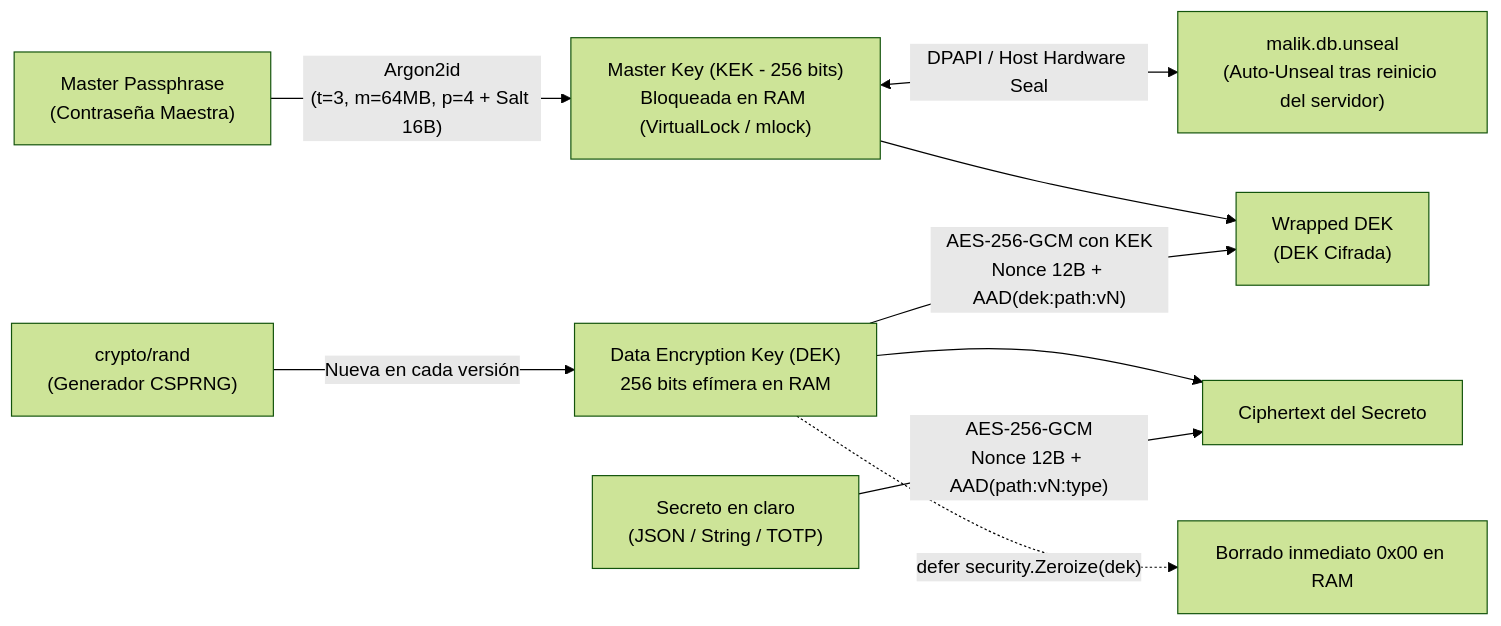
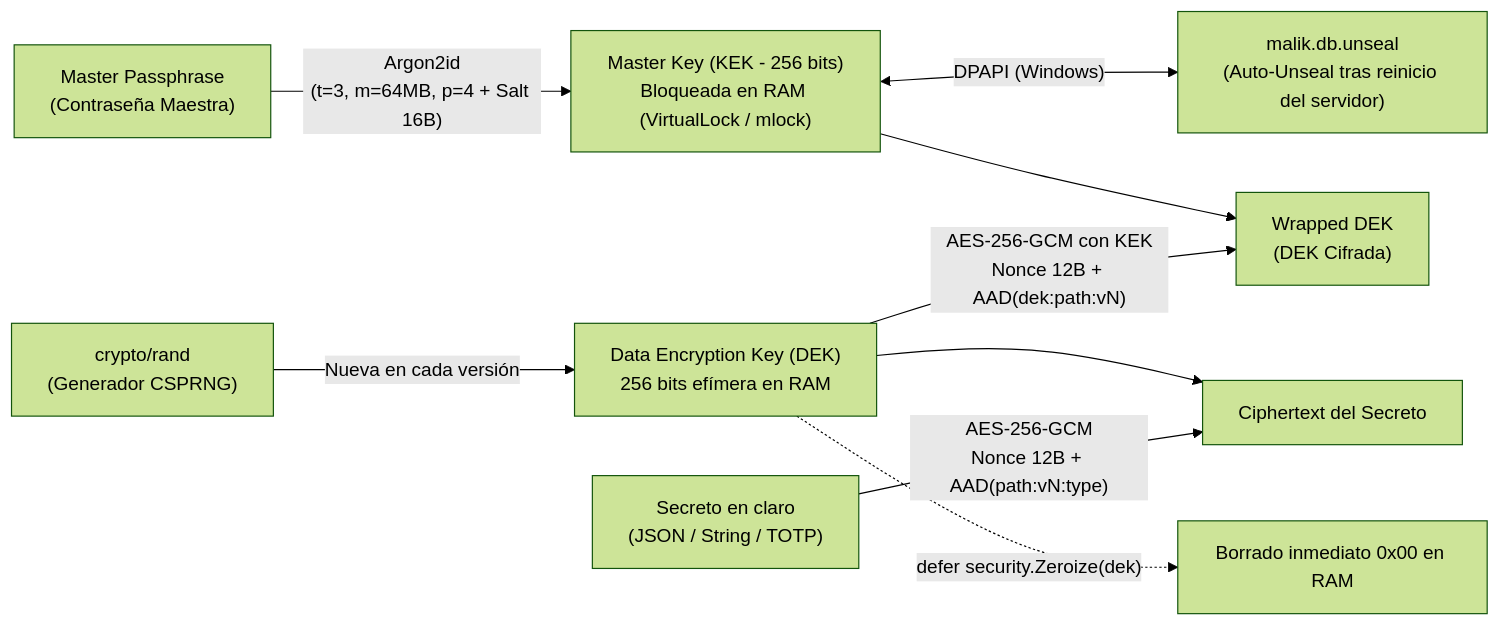
One commit to eduardoddddddd/MalikSSM changed the second of 2 diagrams in README.md. Above: the diagram before and after it, drawn with Mermaid (forest theme). The commit also changed other lines of this file and 32 other files, not shown here.

````diff
--- a/README.md
+++ b/README.md
@@ -147,15 +146,15 @@
 ```mermaid
 flowchart LR
     PASS["Master Passphrase\n(Contraseña Maestra)"] -->|"Argon2id\n(t=3, m=64MB, p=4 + Salt 16B)"| KEK["Master Key (KEK - 256 bits)\nBloqueada en RAM (VirtualLock / mlock)"]
-    KEK <-->|"DPAPI / Host Hardware Seal"| UNSEAL["malik.db.unseal\n(Auto-Unseal tras reinicio del servidor)"]
+    KEK <-->|"DPAPI (Windows)"| UNSEAL["malik.db.unseal\n(Auto-Unseal tras reinicio del servidor)"]
     
     RNG["crypto/rand\n(Generador CSPRNG)"] -->|"Nueva en cada versión"| DEK["Data Encryption Key (DEK)\n256 bits efímera en RAM"]
     
     PLAIN["Secreto en claro\n(JSON / String / TOTP)"] -->|"AES-256-GCM\nNonce 12B + AAD(path:vN:type)"| CIPHER["Ciphertext del Secreto"]
     DEK --> CIPHER
     
     DEK -->|"AES-256-GCM con KEK\nNonce 12B + AAD(dek:path:vN)"| WRAPPED["Wrapped DEK\n(DEK Cifrada)"]
     KEK --> WRAPPED
     
     DEK -.->|"defer security.Zeroize(dek)"| WIPE["Borrado inmediato 0x00 en RAM"]
 ```
````
